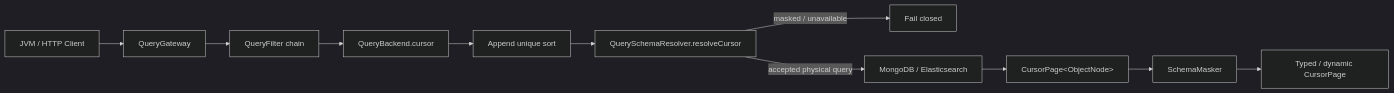
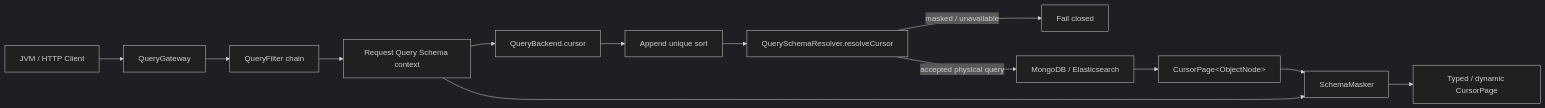
Before and after one commit to Ahoo-Wang/Wow: the diagram in document/design/2026-08-30-cursor-query-v9-design.md, drawn with Mermaid (dark theme). The commit also changed other lines of this file and 1 other file, not shown here.

Commit message:
docs(query): unify V9 schema execution

````diff
--- a/document/design/2026-08-30-cursor-query-v9-design.md
+++ b/document/design/2026-08-30-cursor-query-v9-design.md
@@ -75,13 +77,15 @@
 ```mermaid
 flowchart LR
     Client["JVM / HTTP Client"] --> Gateway["QueryGateway"]
     Gateway --> Filters["QueryFilter chain"]
-    Filters --> Backend["QueryBackend.cursor"]
+    Filters --> RequestSchema["Request Query Schema context"]
+    RequestSchema --> Backend["QueryBackend.cursor"]
     Backend --> EffectiveSort["Append unique sort"]
     EffectiveSort --> Schema["QuerySchemaResolver.resolveCursor"]
     Schema -->|masked / unavailable| Reject["Fail closed"]
     Schema -->|accepted physical query| Store["MongoDB / Elasticsearch"]
     Store --> RawPage["CursorPage&lt;ObjectNode&gt;"]
     RawPage --> Masker["SchemaMasker"]
+    RequestSchema --> Masker
     Masker --> Result["Typed / dynamic CursorPage"]
 ```
````
